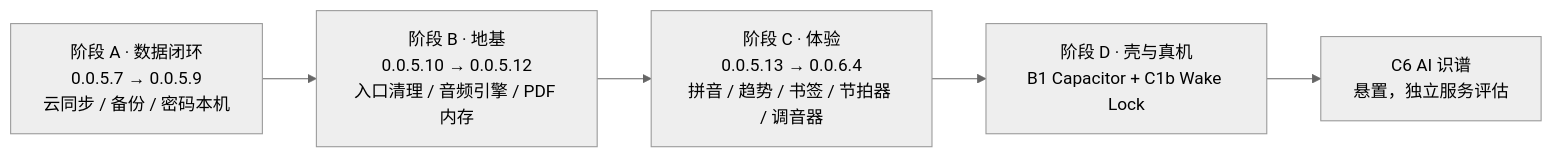
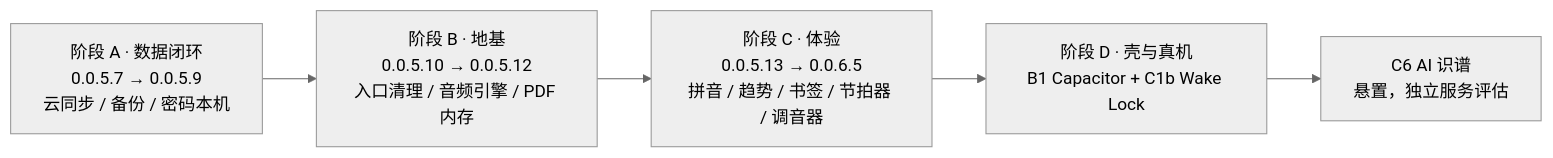
The diagram in README.md (moanet/Guitar-Shell), drawn with Mermaid (neutral theme) before and after one commit. The commit also changed other lines of this file and 3 other files, not shown here.

````diff
--- a/README.md
+++ b/README.md
@@ -61,7 +61,7 @@
 ```mermaid
 flowchart LR
   A["阶段 A · 数据闭环<br/>0.0.5.7 → 0.0.5.9<br/>云同步 / 备份 / 密码本机"] --> B["阶段 B · 地基<br/>0.0.5.10 → 0.0.5.12<br/>入口清理 / 音频引擎 / PDF 内存"]
-  B --> C["阶段 C · 体验<br/>0.0.5.13 → 0.0.6.4<br/>拼音 / 趋势 / 书签 / 节拍器 / 调音器"]
+  B --> C["阶段 C · 体验<br/>0.0.5.13 → 0.0.6.5<br/>拼音 / 趋势 / 书签 / 节拍器 / 调音器"]
   C --> D["阶段 D · 壳与真机<br/>B1 Capacitor + C1b Wake Lock"]
   D --> E["C6 AI 识谱<br/>悬置，独立服务评估"]
 ```
````
